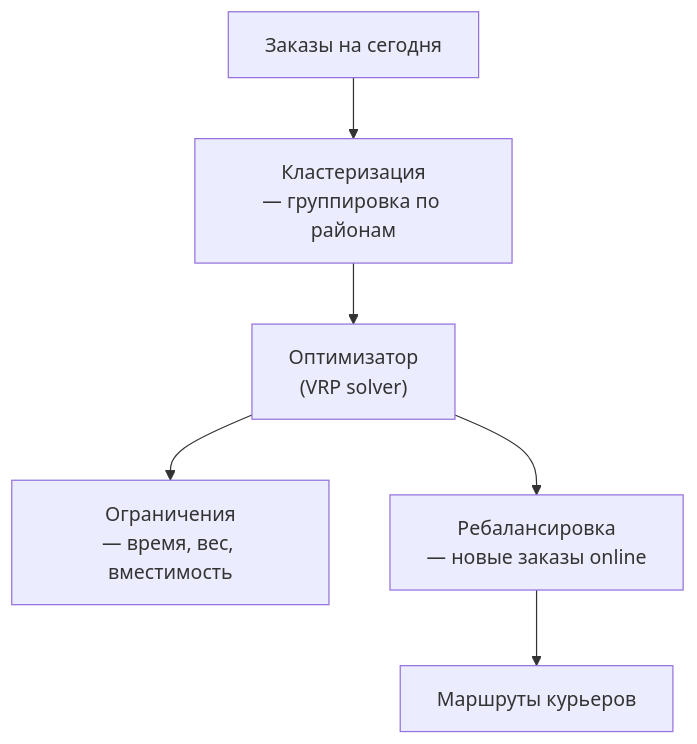
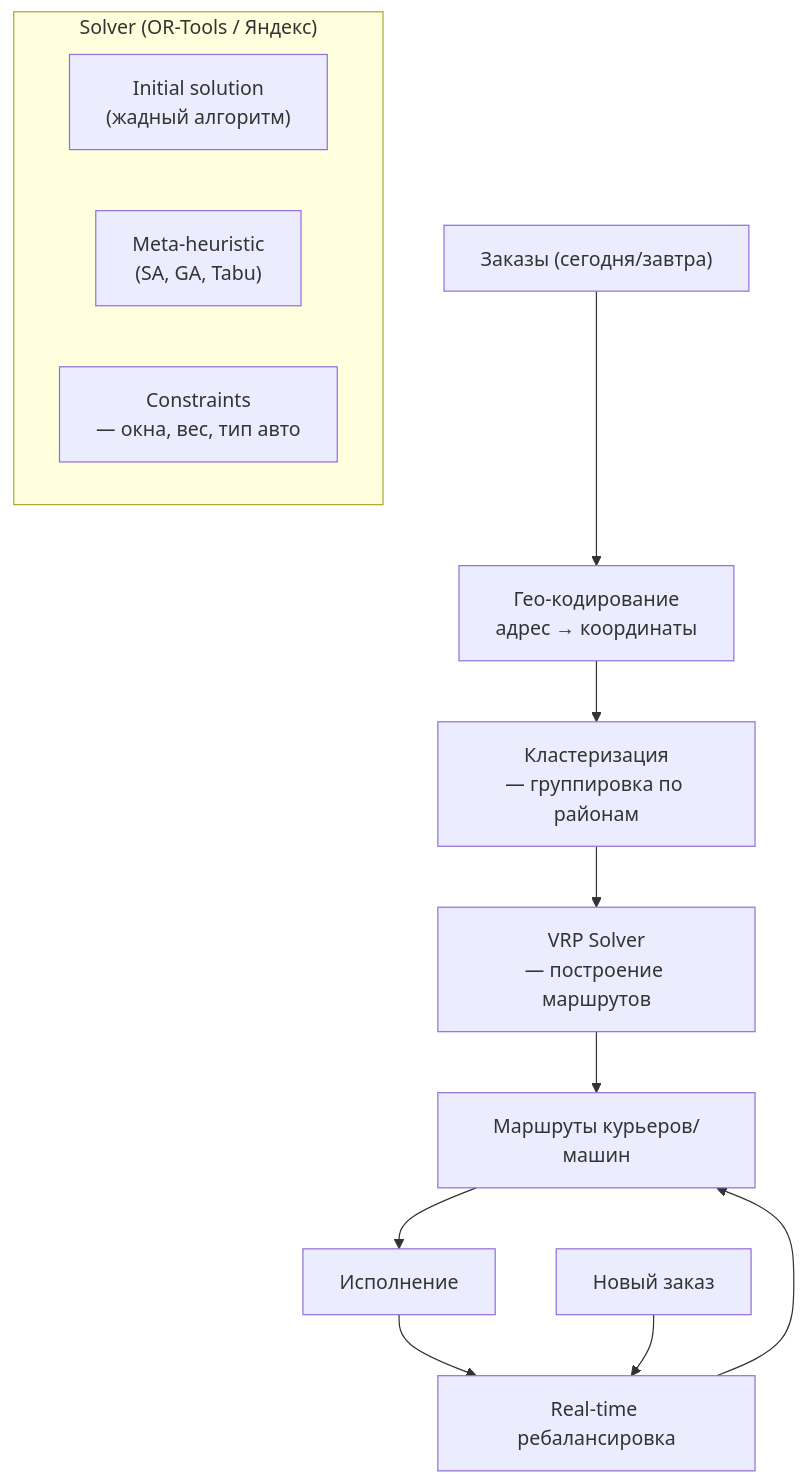
Before and after one commit to sergeyodnoval-bot/sysanalyst-kb.github.io: the second of 2 diagrams in docs/specialization/logistics-routing.md, drawn with Mermaid. The commit also changed other lines of this file and 13 other files, not shown here.

````diff
--- a/docs/specialization/logistics-routing.md
+++ b/docs/specialization/logistics-routing.md
@@ -22,8 +70,18 @@
 ```mermaid
 flowchart TD
-    ORD["Заказы на сегодня"] --> CLUST["Кластеризация<br/>— группировка по районам"]
-    CLUST --> OPT["Оптимизатор<br/>(VRP solver)"]
-    OPT --> CONSTRAINTS["Ограничения<br/>— время, вес, вместимость"]
-    OPT --> REBAL["Ребалансировка<br/>— новые заказы online"]
-    REBAL --> ROUTES["Маршруты курьеров"]
+    ORD["Заказы (сегодня/завтра)"] --> GEO["Гео-кодирование<br/>адрес → координаты"]
+    GEO --> CLUST["Кластеризация<br/>— группировка по районам"]
+    CLUST --> SOLVER["VRP Solver<br/>— построение маршрутов"]
+    
+    subgraph Solver["Solver (OR-Tools / Яндекс)"]
+        INIT["Initial solution<br/>(жадный алгоритм)"]
+        OPT["Meta-heuristic<br/>(SA, GA, Tabu)"]
+        CONSTRAINTS["Constraints<br/>— окна, вес, тип авто"]
+    end
+    
+    SOLVER --> ROUTES["Маршруты курьеров/машин"]
+    ROUTES --> EXEC["Исполнение"]
+    EXEC --> REBAL["Real-time ребалансировка"]
+    NEW_ORDER["Новый заказ"] --> REBAL
+    REBAL --> ROUTES
 ```
````
